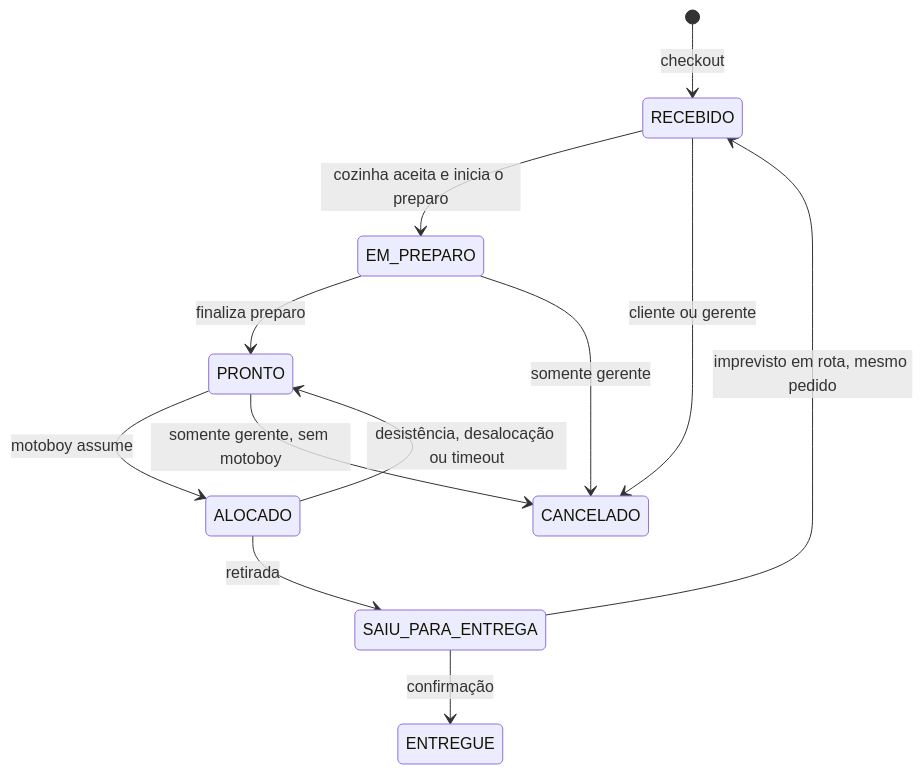
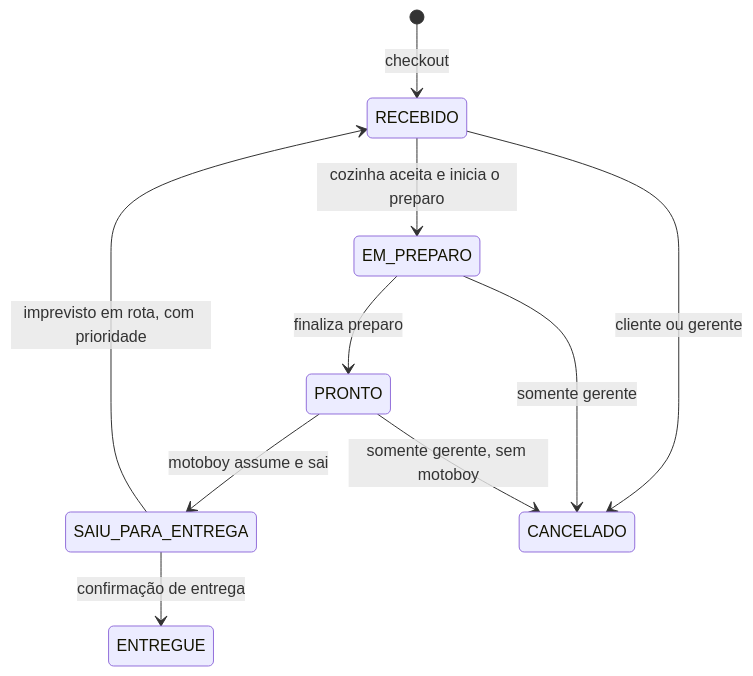
Before and after one commit to umishell/VEGGO: the second of 5 diagrams in foundation/pitch_delivery.md, drawn with Mermaid. The commit also changed other lines of this file and 39 other files, not shown here.

````diff
--- a/foundation/pitch_delivery.md
+++ b/foundation/pitch_delivery.md
@@ -127,14 +134,12 @@
 ```mermaid
 stateDiagram-v2
     [*] --> RECEBIDO: checkout
     RECEBIDO --> EM_PREPARO: cozinha aceita e inicia o preparo
     EM_PREPARO --> PRONTO: finaliza preparo
-    PRONTO --> ALOCADO: motoboy assume
-    ALOCADO --> SAIU_PARA_ENTREGA: retirada
-    SAIU_PARA_ENTREGA --> ENTREGUE: confirmação
+    PRONTO --> SAIU_PARA_ENTREGA: motoboy assume e sai
+    SAIU_PARA_ENTREGA --> ENTREGUE: confirmação de entrega
     RECEBIDO --> CANCELADO: cliente ou gerente
     EM_PREPARO --> CANCELADO: somente gerente
     PRONTO --> CANCELADO: somente gerente, sem motoboy
-    ALOCADO --> PRONTO: desistência, desalocação ou timeout
-    SAIU_PARA_ENTREGA --> RECEBIDO: imprevisto em rota, mesmo pedido
+    SAIU_PARA_ENTREGA --> RECEBIDO: imprevisto em rota, com prioridade
 ```
````
